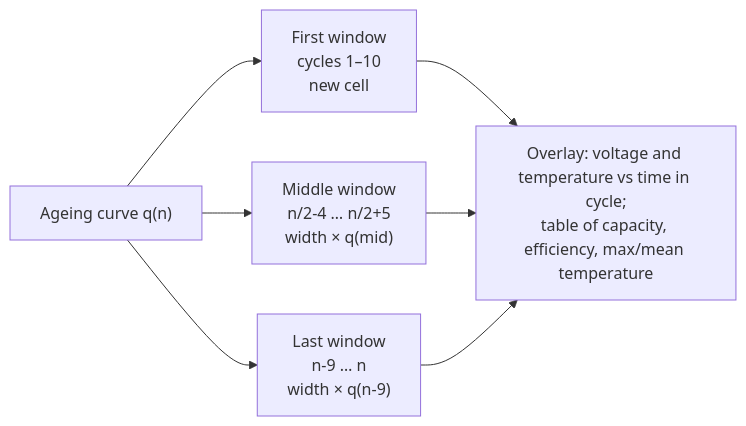
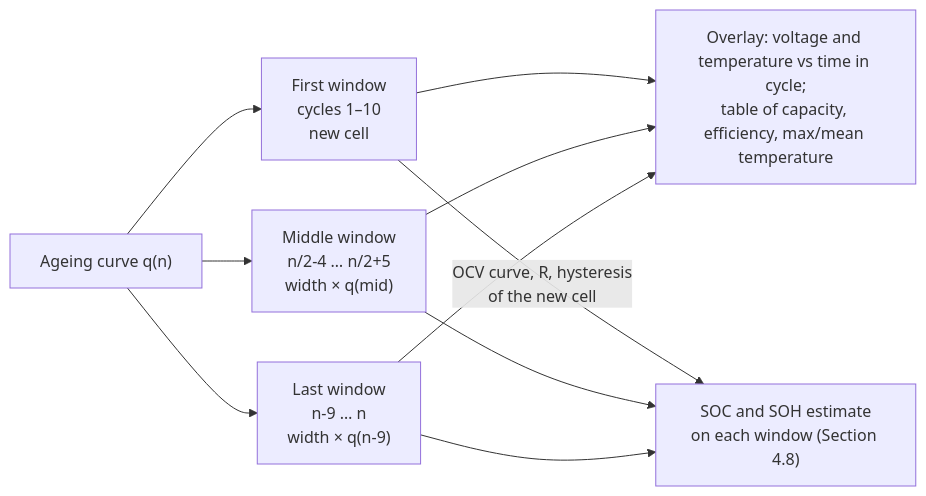
One commit to TheJohn01/DigitalTwinBattery changed the fifth of 12 diagrams in README.md. Above: the diagram before and after it, drawn with Mermaid. The commit also changed other lines of this file and 5 other files, not shown here.

First line of the commit message:
README diagrams: add missing steps and figures, fix order

````diff
--- a/README.md
+++ b/README.md
@@ -622,9 +646,12 @@
 ```mermaid
 flowchart LR
     Q["Ageing curve q(n)"] --> W1["First window<br/>cycles 1–10<br/>new cell"]
     Q --> W2["Middle window<br/>n/2-4 … n/2+5<br/>width × q(mid)"]
     Q --> W3["Last window<br/>n-9 … n<br/>width × q(n-9)"]
     W1 --> CMP["Overlay: voltage and temperature vs time in cycle;<br/>table of capacity, efficiency, max/mean temperature"]
     W2 --> CMP
     W3 --> CMP
+    W1 -- "OCV curve, R, hysteresis<br/>of the new cell" --> ESTI["SOC and SOH estimate<br/>on each window (Section 4.8)"]
+    W2 --> ESTI
+    W3 --> ESTI
 ```
````
